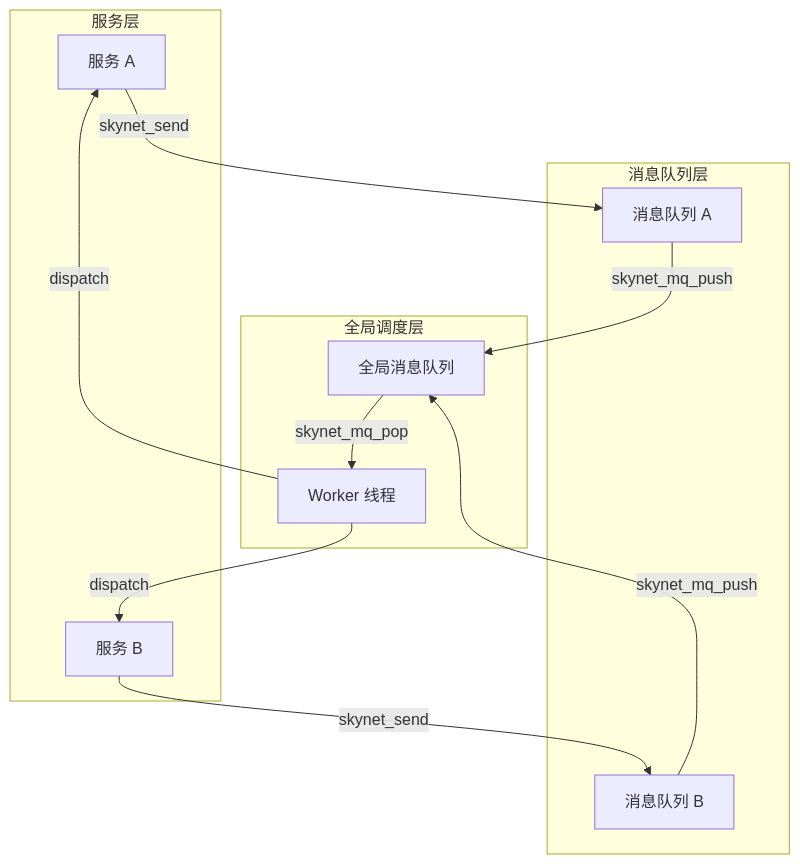
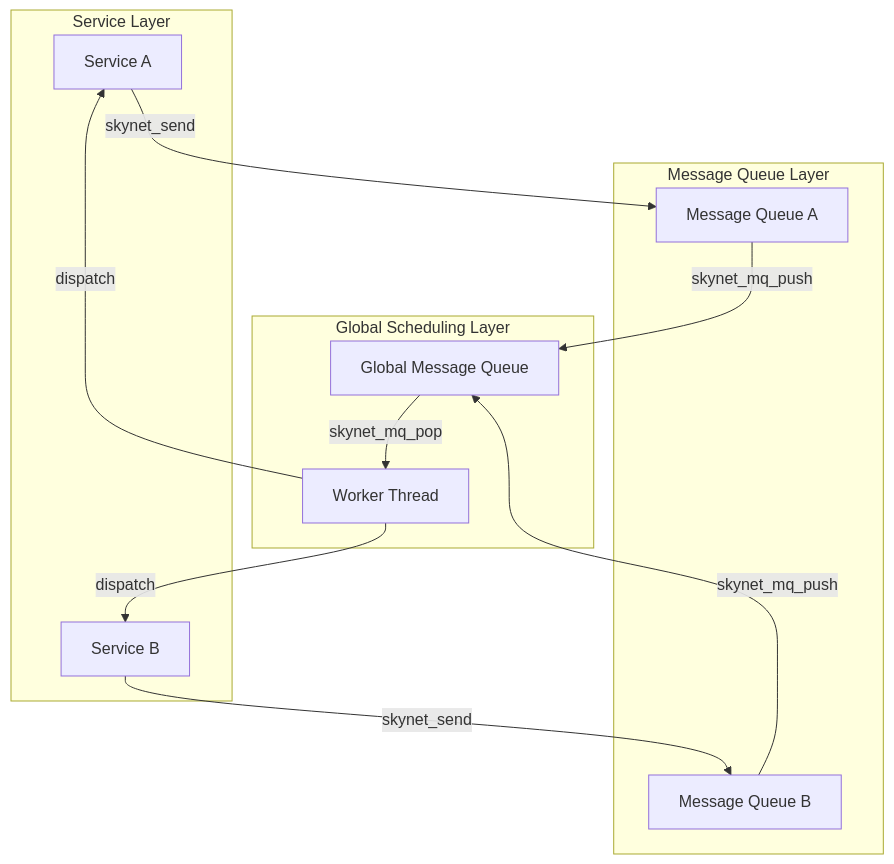
One commit to cuihairu/skynet changed the second of 3 diagrams in docs/analysis/core-modules.md. Above: the diagram before and after it, drawn with Mermaid. The commit also changed other lines of this file and 86 other files, not shown here.

````diff
--- a/docs/analysis/core-modules.md
+++ b/docs/analysis/core-modules.md
@@ -221,25 +221,25 @@
 ```mermaid
 graph TB
-    subgraph 服务层
-        SA[服务 A]
-        SB[服务 B]
+    subgraph "Service Layer"
+        SA[Service A]
+        SB[Service B]
     end
 
-    subgraph 消息队列层
-        MQA[消息队列 A]
-        MQB[消息队列 B]
+    subgraph "Message Queue Layer"
+        MQA[Message Queue A]
+        MQB[Message Queue B]
     end
 
-    subgraph 全局调度层
-        GQ[全局消息队列]
-        W[Worker 线程]
+    subgraph "Global Scheduling Layer"
+        GQ[Global Message Queue]
+        W[Worker Thread]
     end
 
     SA -->|skynet_send| MQA
     SB -->|skynet_send| MQB
     MQA -->|skynet_mq_push| GQ
     MQB -->|skynet_mq_push| GQ
     GQ -->|skynet_mq_pop| W
     W -->|dispatch| SA
     W -->|dispatch| SB
 ```
````
